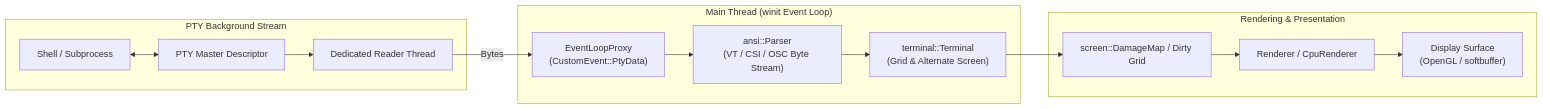
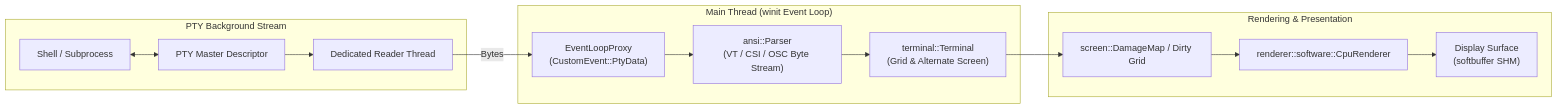
Before and after one commit to lnoxsian/Velox: the third of 3 diagrams in docs/ARCHITECTURE.md, drawn with Mermaid. The commit also changed other lines of this file and 25 other files, not shown here.

````diff
--- a/docs/ARCHITECTURE.md
+++ b/docs/ARCHITECTURE.md
@@ -161,28 +152,28 @@
 ```mermaid
 flowchart LR
     subgraph PTYStream["PTY Background Stream"]
         Shell["Shell / Subprocess"]
         PTYMaster["PTY Master Descriptor"]
         PTYReader["Dedicated Reader Thread"]
         Shell <--> PTYMaster
         PTYMaster --> PTYReader
     end
 
     subgraph EventLoop["Main Thread (winit Event Loop)"]
         Proxy["EventLoopProxy<br/>(CustomEvent::PtyData)"]
         Parser["ansi::Parser<br/>(VT / CSI / OSC Byte Stream)"]
         Term["terminal::Terminal<br/>(Grid & Alternate Screen)"]
         PTYReader -->|Bytes| Proxy
         Proxy --> Parser
         Parser --> Term
     end
 
     subgraph RenderSubsystem["Rendering & Presentation"]
         Damage["screen::DamageMap / Dirty Grid"]
-        Renderer["Renderer / CpuRenderer"]
-        Surface["Display Surface<br/>(OpenGL / softbuffer)"]
+        Renderer["renderer::software::CpuRenderer"]
+        Surface["Display Surface<br/>(softbuffer SHM)"]
         Term --> Damage
         Damage --> Renderer
         Renderer --> Surface
     end
 ```
````
